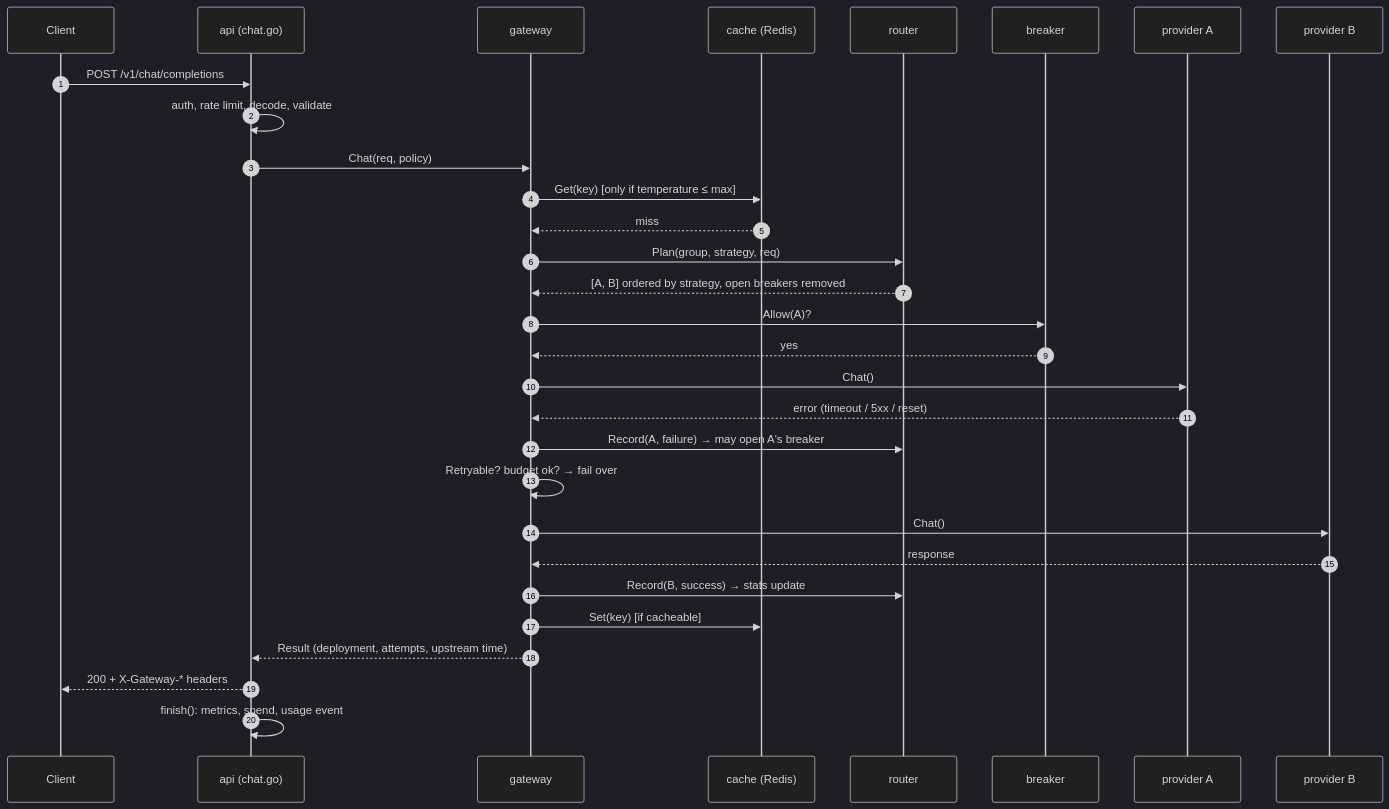
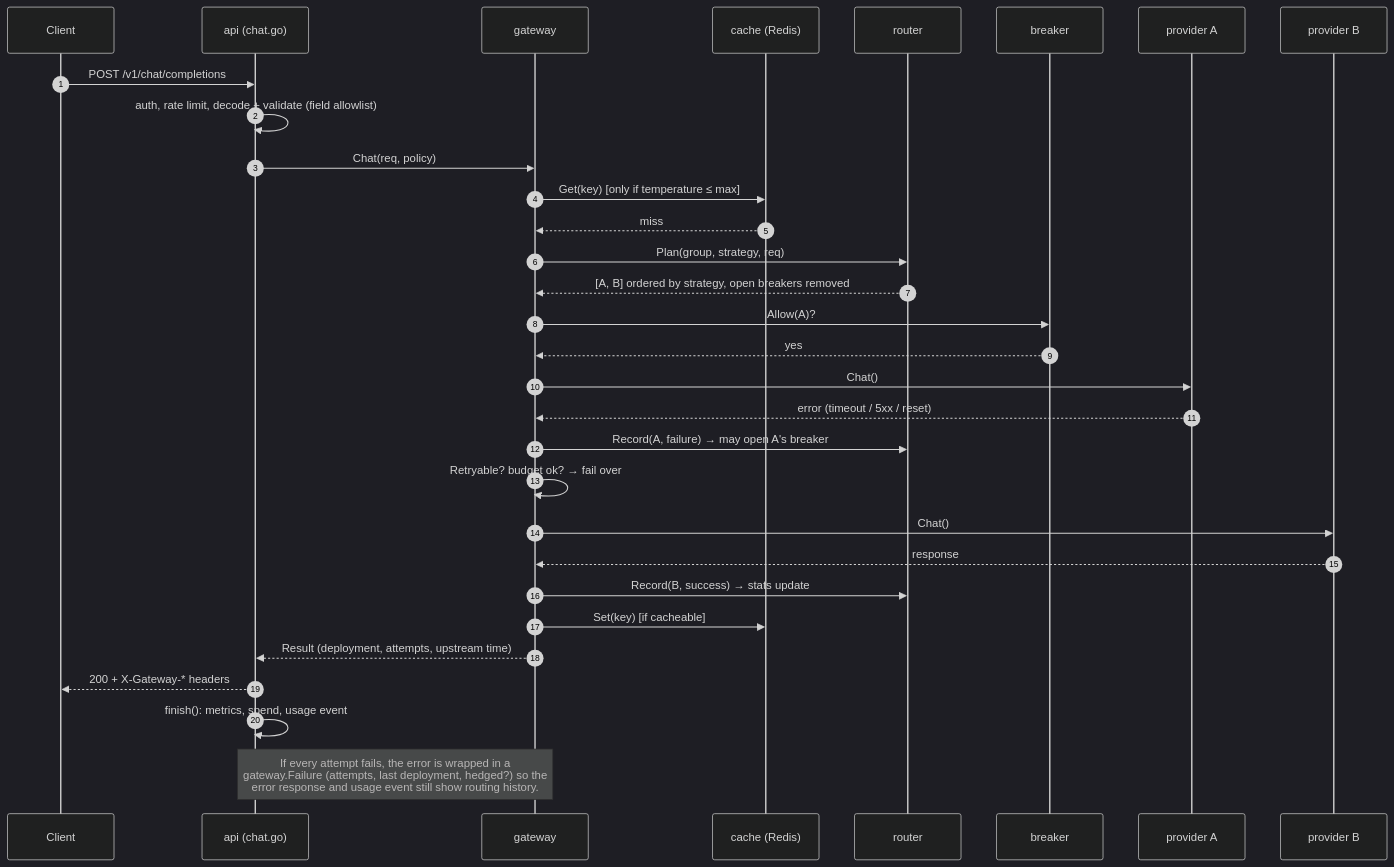
One commit to ris1899/llmgateway changed the third of 4 diagrams in docs/ARCHITECTURE.md. Above: the diagram before and after it, drawn with Mermaid (dark theme). The commit also changed other lines of this file and 4 other files, not shown here.

````diff
--- a/docs/ARCHITECTURE.md
+++ b/docs/ARCHITECTURE.md
@@ -76,33 +76,35 @@
 ```mermaid
 sequenceDiagram
     autonumber
     participant C as Client
     participant A as api (chat.go)
     participant G as gateway
     participant Ca as cache (Redis)
     participant R as router
     participant B as breaker
     participant P1 as provider A
     participant P2 as provider B
 
     C->>A: POST /v1/chat/completions
-    A->>A: auth, rate limit, decode, validate
+    A->>A: auth, rate limit, decode + validate (field allowlist)
     A->>G: Chat(req, policy)
     G->>Ca: Get(key) [only if temperature ≤ max]
     Ca-->>G: miss
     G->>R: Plan(group, strategy, req)
     R-->>G: [A, B] ordered by strategy, open breakers removed
     G->>B: Allow(A)?
     B-->>G: yes
     G->>P1: Chat()
     P1-->>G: error (timeout / 5xx / reset)
     G->>R: Record(A, failure) → may open A's breaker
     G->>G: Retryable? budget ok? → fail over
     G->>P2: Chat()
     P2-->>G: response
     G->>R: Record(B, success) → stats update
     G->>Ca: Set(key) [if cacheable]
     G-->>A: Result (deployment, attempts, upstream time)
     A-->>C: 200 + X-Gateway-* headers
     A->>A: finish(): metrics, spend, usage event
+
+    Note over G,A: If every attempt fails, the error is wrapped in a<br/>gateway.Failure (attempts, last deployment, hedged?) so the<br/>error response and usage event still show routing history.
 ```
````
